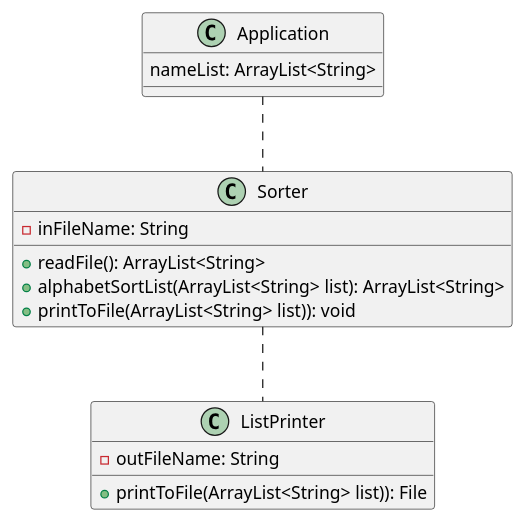
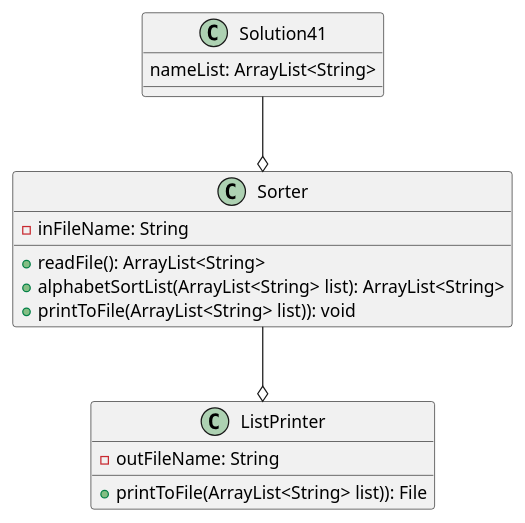
The diagram in exercise41/docs/exercise41Diagram.puml (JMoore910/moore-a04), drawn with PlantUML before and after one commit. The commit also changed 57 other files, not shown here.

```diff
--- a/exercise41/docs/exercise41Diagram.puml
+++ b/exercise41/docs/exercise41Diagram.puml
@@ -1,29 +1,29 @@
 @startuml
 
 '/*
 ' *  UCF COP3330 Fall 2021 Assignment 4 Solutions
 ' *  Copyright 2021 Jeanne Moore
 ' */
 
 class Sorter {
     -inFileName: String
 
     +readFile(): ArrayList<String>
     +alphabetSortList(ArrayList<String> list): ArrayList<String>
     +printToFile(ArrayList<String> list)): void
 }
 
 
-class Application {
+class Solution41 {
     nameList: ArrayList<String>
 }
 
 class ListPrinter {
     -outFileName: String
     +printToFile(ArrayList<String> list)): File
 }
 
-Application .. Sorter
-Sorter .. ListPrinter
+Solution41 --o Sorter
+Sorter --o ListPrinter
 
 @enduml
```
